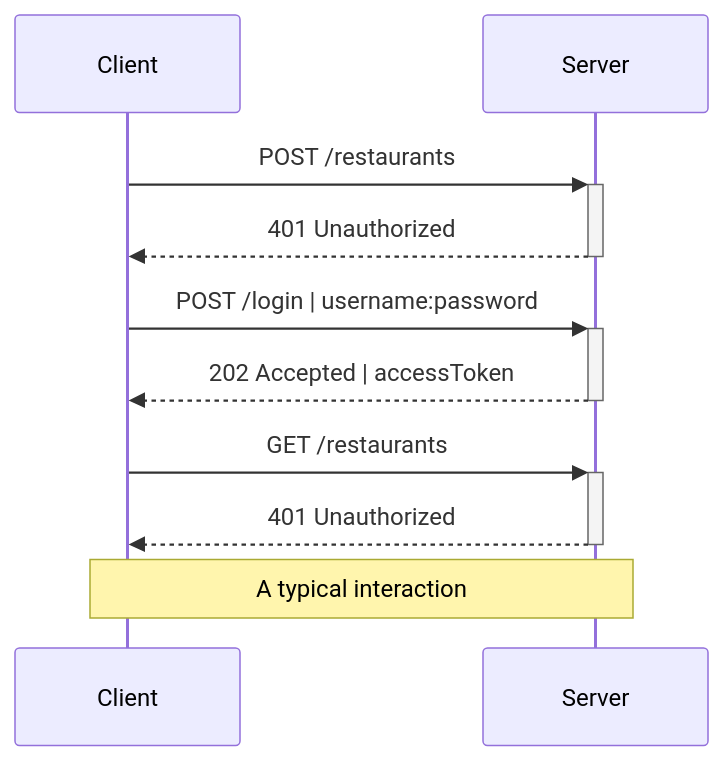
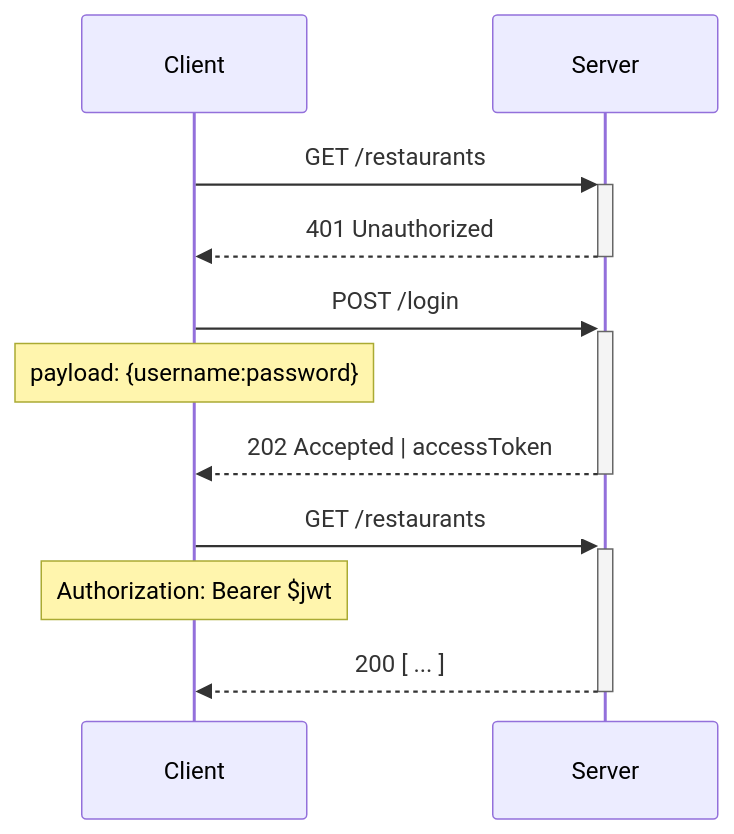
The diagram in sub/request-example.md (matteo-azzolini/soa-exam-slide), drawn with Mermaid before and after one commit. The commit also changed other lines of this file and 5 other files, not shown here.

````diff
--- a/sub/request-example.md
+++ b/sub/request-example.md
@@ -11,12 +11,13 @@
 ```mermaid
 sequenceDiagram
   participant C as Client
   participant S as Server
-  C->>+S: POST /restaurants
+  C->>+S: GET /restaurants
   S-->>-C: 401 Unauthorized
-  C->>+S: POST /login | username:password
+  C->>+S: POST /login
+  Note over C: payload: {username:password}
   S-->>-C: 202 Accepted | accessToken
   C->>+S: GET /restaurants
-  S-->>-C: 401 Unauthorized
-  Note over C,S: A typical interaction
+  Note over C: Authorization: Bearer $jwt
+  S-->>-C: 200 [ ... ]
 ```
````
